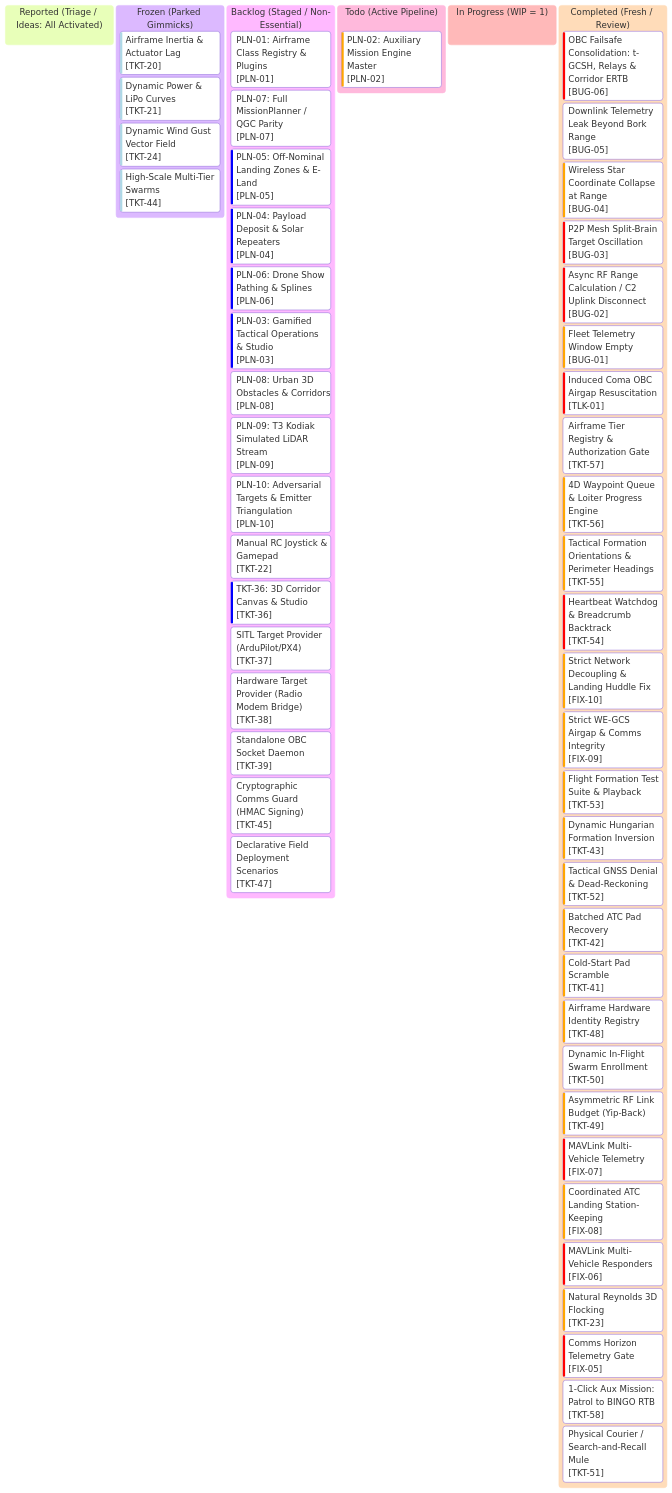
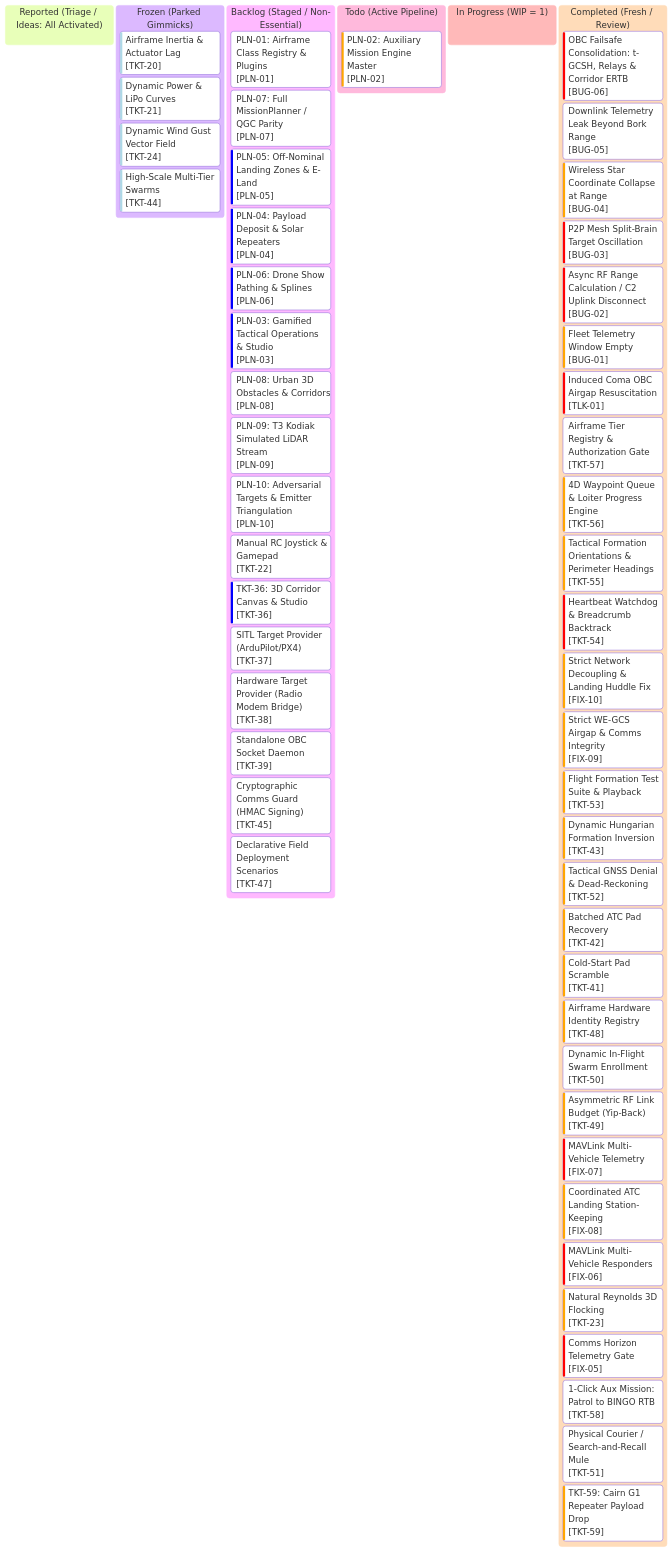
Before and after one commit to AlitheiaDeus/AlitheiaHive: the diagram in roadmap/kanban.md, drawn with Mermaid. The commit also changed other lines of this file and 12 other files, not shown here.

Commit message:
feat(c2): cairn g1 solar repeater payload drop & surveyed anchor (TKT-59)

````diff
--- a/roadmap/kanban.md
+++ b/roadmap/kanban.md
@@ -10,78 +10,79 @@
 ```mermaid
 %%{init: {
   'theme': 'base',
   'themeVariables': {
     'primaryColor': '#0d2235',
     'primaryTextColor': '#d4f4ff',
     'primaryBorderColor': '#00f0ff',
     'lineColor': '#00f0ff',
     'background': '#061019',
     'mainBkg': '#0a1926',
     'secondaryColor': '#081420',
     'secondaryTextColor': '#5a7e96',
     'secondaryBorderColor': '#134e6f',
     'tertiaryColor': '#0e263d',
     'tertiaryTextColor': '#00ffaa',
     'tertiaryBorderColor': '#00ffaa',
     'clusterBkg': '#081420',
     'clusterBorder': '#134e6f',
     'fontFamily': "'JetBrains Mono', 'Courier New', monospace"
   }
 }}%%
 kanban
   reported["Reported (Triage / Ideas: All Activated)"]
   frozen["Frozen (Parked Gimmicks)"]
     tkt20["Airframe Inertia & Actuator Lag"]@{ ticket: '[TKT-20]', priority: 'Very Low' }
     tkt21["Dynamic Power & LiPo Curves"]@{ ticket: '[TKT-21]', priority: 'Very Low' }
     tkt24["Dynamic Wind Gust Vector Field"]@{ ticket: '[TKT-24]', priority: 'Very Low' }
     tkt44["High-Scale Multi-Tier Swarms"]@{ ticket: '[TKT-44]', priority: 'Very Low' }
   backlog["Backlog (Staged / Non-Essential)"]
     pln01["PLN-01: Airframe Class Registry & Plugins"]@{ ticket: '[PLN-01]', priority: 'Medium' }
     pln07["PLN-07: Full MissionPlanner / QGC Parity"]@{ ticket: '[PLN-07]', priority: 'Medium' }
     pln05["PLN-05: Off-Nominal Landing Zones & E-Land"]@{ ticket: '[PLN-05]', priority: 'Low' }
     pln04["PLN-04: Payload Deposit & Solar Repeaters"]@{ ticket: '[PLN-04]', priority: 'Low' }
     pln06["PLN-06: Drone Show Pathing & Splines"]@{ ticket: '[PLN-06]', priority: 'Low' }
     pln03["PLN-03: Gamified Tactical Operations & Studio"]@{ ticket: '[PLN-03]', priority: 'Low' }
     pln08["PLN-08: Urban 3D Obstacles & Corridors"]@{ ticket: '[PLN-08]', priority: 'Medium' }
     pln09["PLN-09: T3 Kodiak Simulated LiDAR Stream"]@{ ticket: '[PLN-09]', priority: 'Medium' }
     pln10["PLN-10: Adversarial Targets & Emitter Triangulation"]@{ ticket: '[PLN-10]', priority: 'Medium' }
     tkt22["Manual RC Joystick & Gamepad"]@{ ticket: '[TKT-22]', priority: 'Medium' }
     tkt36["TKT-36: 3D Corridor Canvas & Studio"]@{ ticket: '[TKT-36]', priority: 'Low' }
     tkt37["SITL Target Provider (ArduPilot/PX4)"]@{ ticket: '[TKT-37]', priority: 'Medium' }
     tkt38["Hardware Target Provider (Radio Modem Bridge)"]@{ ticket: '[TKT-38]', priority: 'Medium' }
     tkt39["Standalone OBC Socket Daemon"]@{ ticket: '[TKT-39]', priority: 'Medium' }
     tkt45["Cryptographic Comms Guard (HMAC Signing)"]@{ ticket: '[TKT-45]', priority: 'Medium' }
     tkt47["Declarative Field Deployment Scenarios"]@{ ticket: '[TKT-47]', priority: 'Medium' }
   todo["Todo (Active Pipeline)"]
     pln02["PLN-02: Auxiliary Mission Engine Master"]@{ ticket: '[PLN-02]', priority: 'High' }
   in_progress["In Progress (WIP = 1)"]
   completed["Completed (Fresh / Review)"]
     bug06["OBC Failsafe Consolidation: t-GCSH, Relays & Corridor ERTB"]@{ ticket: '[BUG-06]', priority: 'Very High' }
     bug05["Downlink Telemetry Leak Beyond Bork Range"]@{ ticket: '[BUG-05]', priority: 'Medium' }
     bug04["Wireless Star Coordinate Collapse at Range"]@{ ticket: '[BUG-04]', priority: 'High' }
     bug03["P2P Mesh Split-Brain Target Oscillation"]@{ ticket: '[BUG-03]', priority: 'Very High' }
     bug02["Async RF Range Calculation / C2 Uplink Disconnect"]@{ ticket: '[BUG-02]', priority: 'Very High' }
     bug01["Fleet Telemetry Window Empty"]@{ ticket: '[BUG-01]', priority: 'High' }
     tlk01["Induced Coma OBC Airgap Resuscitation"]@{ ticket: '[TLK-01]', priority: 'Very High' }
     tkt57["Airframe Tier Registry & Authorization Gate"]@{ ticket: '[TKT-57]', priority: 'Medium' }
     tkt56["4D Waypoint Queue & Loiter Progress Engine"]@{ ticket: '[TKT-56]', priority: 'High' }
     tkt55["Tactical Formation Orientations & Perimeter Headings"]@{ ticket: '[TKT-55]', priority: 'High' }
     tkt54["Heartbeat Watchdog & Breadcrumb Backtrack"]@{ ticket: '[TKT-54]', priority: 'Very High' }
     fix10["Strict Network Decoupling & Landing Huddle Fix"]@{ ticket: '[FIX-10]', priority: 'High' }
     fix09["Strict WE-GCS Airgap & Comms Integrity"]@{ ticket: '[FIX-09]', priority: 'High' }
     tkt53["Flight Formation Test Suite & Playback"]@{ ticket: '[TKT-53]', priority: 'High' }
     tkt43["Dynamic Hungarian Formation Inversion"]@{ ticket: '[TKT-43]', priority: 'High' }
     tkt52["Tactical GNSS Denial & Dead-Reckoning"]@{ ticket: '[TKT-52]', priority: 'High' }
     tkt42["Batched ATC Pad Recovery"]@{ ticket: '[TKT-42]', priority: 'High' }
     tkt41["Cold-Start Pad Scramble"]@{ ticket: '[TKT-41]', priority: 'High' }
     tkt48["Airframe Hardware Identity Registry"]@{ ticket: '[TKT-48]', priority: 'High' }
     tkt50["Dynamic In-Flight Swarm Enrollment"]@{ ticket: '[TKT-50]', priority: 'Medium' }
     tkt49["Asymmetric RF Link Budget (Yip-Back)"]@{ ticket: '[TKT-49]', priority: 'High' }
     fix07["MAVLink Multi-Vehicle Telemetry"]@{ ticket: '[FIX-07]', priority: 'Very High' }
     fix08["Coordinated ATC Landing Station-Keeping"]@{ ticket: '[FIX-08]', priority: 'High' }
     fix06["MAVLink Multi-Vehicle Responders"]@{ ticket: '[FIX-06]', priority: 'Very High' }
     tkt23["Natural Reynolds 3D Flocking"]@{ ticket: '[TKT-23]', priority: 'High' }
     fix05["Comms Horizon Telemetry Gate"]@{ ticket: '[FIX-05]', priority: 'Very High' }
     tkt58["1-Click Aux Mission: Patrol to BINGO RTB"]@{ ticket: '[TKT-58]', priority: 'Medium' }
     tkt51["Physical Courier / Search-and-Recall Mule"]@{ ticket: '[TKT-51]', priority: 'Medium' }
+    tkt59["TKT-59: Cairn G1 Repeater Payload Drop"]@{ ticket: '[TKT-59]', priority: 'High' }
 ```
````
